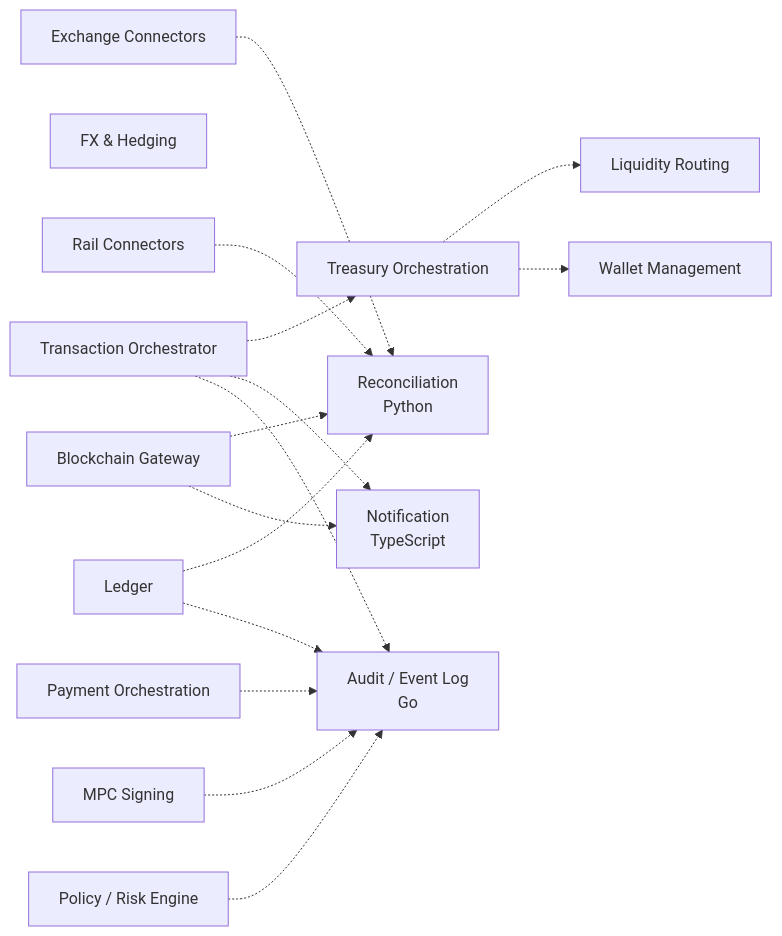
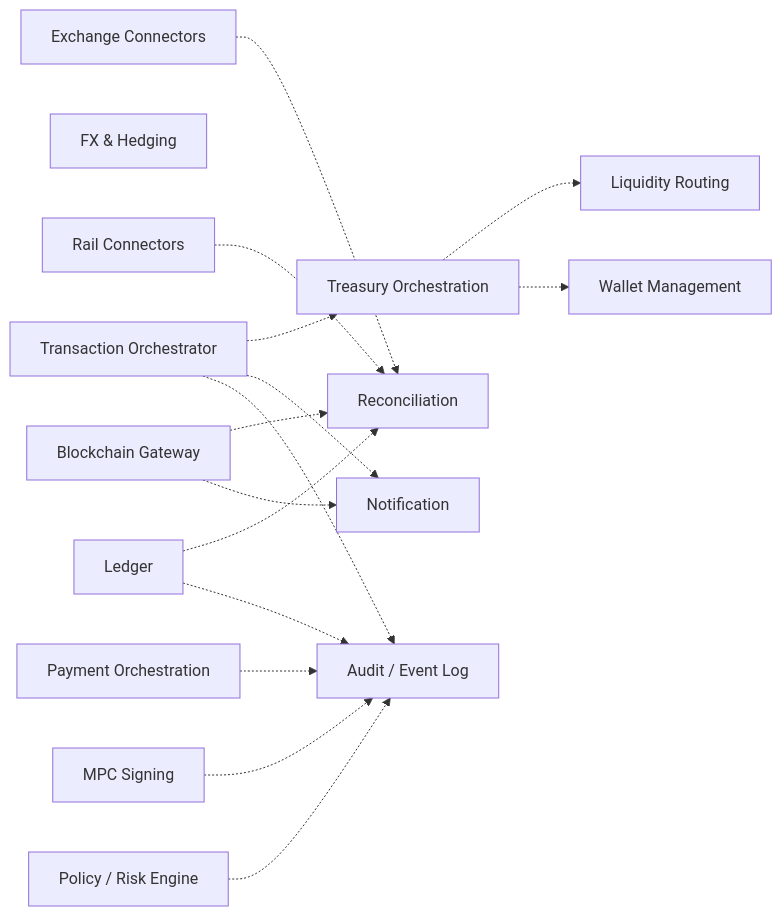
One commit to ai-crypto-onramp/.github changed the second of 2 diagrams in README.md. Above: the diagram before and after it, drawn with Mermaid. The commit also changed other lines of this file, not shown here.

Commit message:
Remove language labels from architecture diagrams

````diff
--- a/README.md
+++ b/README.md
@@ -133,33 +133,33 @@
 ```mermaid
 flowchart LR
     ORCH[Transaction Orchestrator]
     TREAS[Treasury Orchestration]
     LIQ[Liquidity Routing]
     WALLET[Wallet Management]
     FX[FX & Hedging]
     LEDGER[Ledger]
-    RECON[Reconciliation<br/>Python]
+    RECON[Reconciliation]
     EXCH[Exchange Connectors]
     RAILS[Rail Connectors]
     CHAIN[Blockchain Gateway]
-    NOTIF[Notification<br/>TypeScript]
-    AUDIT[Audit / Event Log<br/>Go]
+    NOTIF[Notification]
+    AUDIT[Audit / Event Log]
     PAY[Payment Orchestration]
     MPC[MPC Signing]
     POLICY[Policy / Risk Engine]
 
     ORCH -.-> TREAS
     TREAS -.-> LIQ
     TREAS -.-> WALLET
     LEDGER -.-> RECON
     EXCH -.-> RECON
     RAILS -.-> RECON
     CHAIN -.-> RECON
     ORCH -.-> NOTIF
     CHAIN -.-> NOTIF
     ORCH -.-> AUDIT
     PAY -.-> AUDIT
     MPC -.-> AUDIT
     POLICY -.-> AUDIT
     LEDGER -.-> AUDIT
 ```
````
